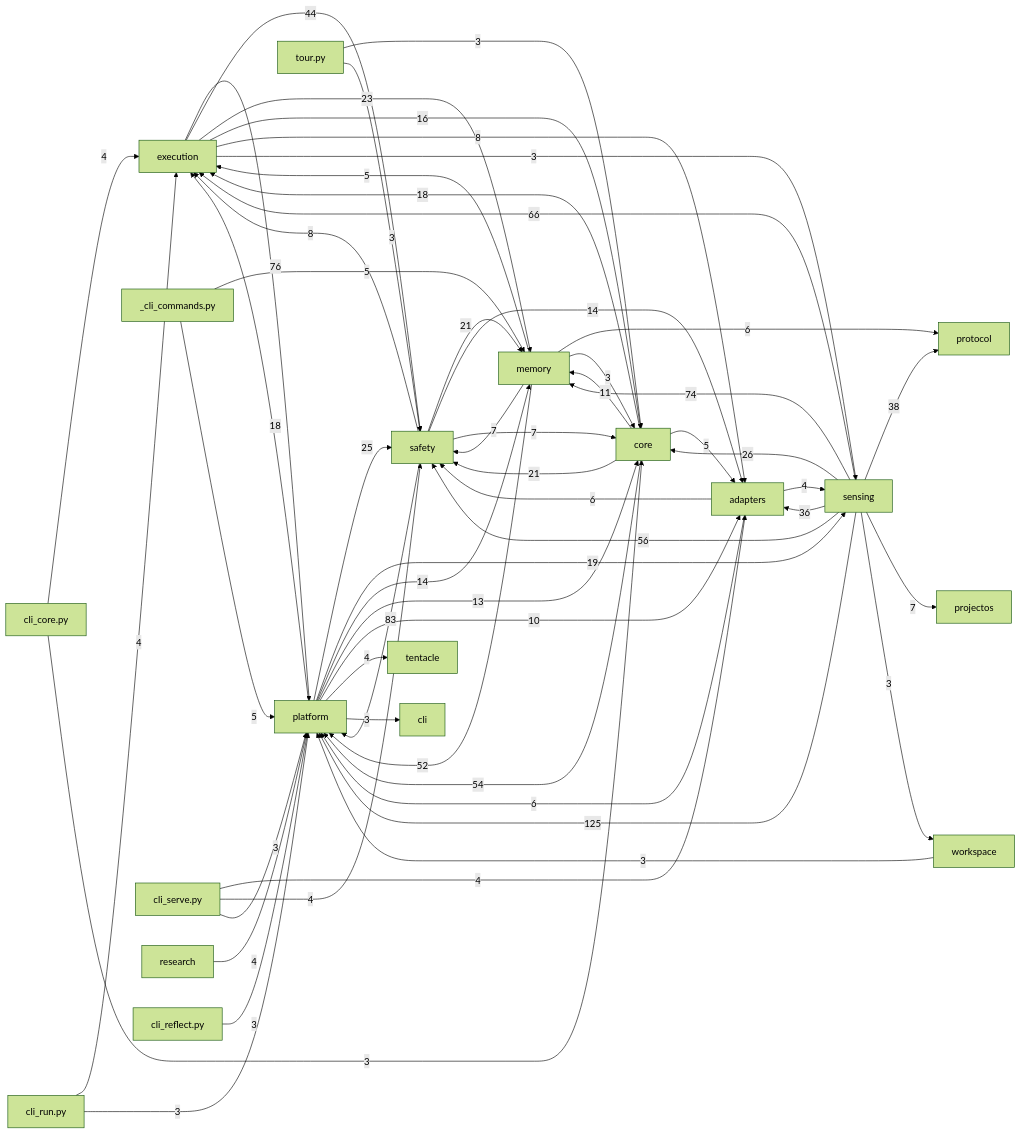
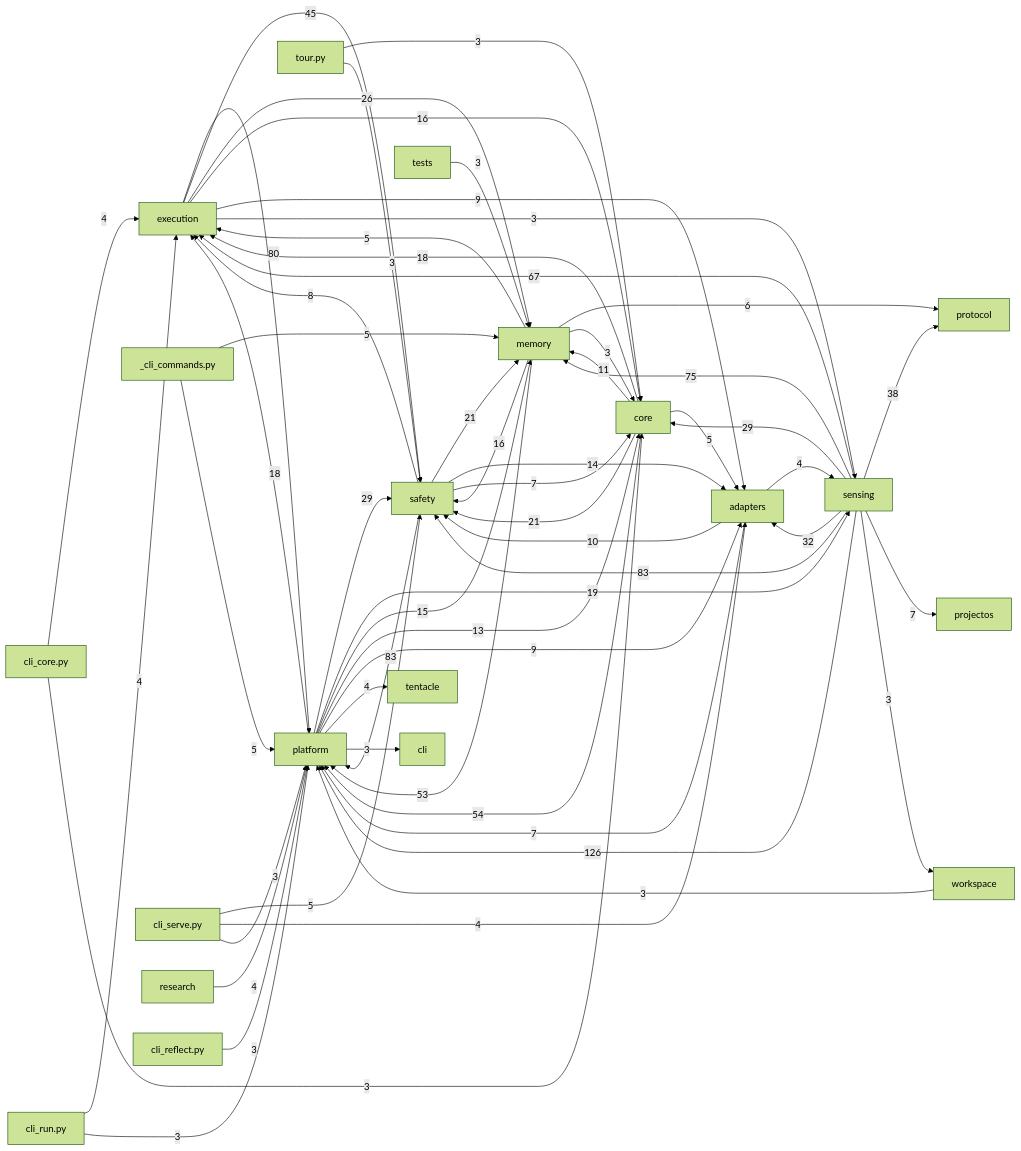
Before and after one commit to dengdenghua/octopus-agent: the diagram in docs/auto/20-backend/index.md, drawn with Mermaid (forest theme). The commit also changed 46 other files, not shown here.

````diff
--- a/docs/auto/20-backend/index.md
+++ b/docs/auto/20-backend/index.md
@@ -26,65 +26,66 @@
 ```mermaid
 graph LR
   execution[execution]
   core[core]
   safety[safety]
   memory[memory]
   sensing[sensing]
   adapters[adapters]
   platform[platform]
-  sensing -- 125 --> platform
+  sensing -- 126 --> platform
   safety -- 83 --> platform
-  execution -- 76 --> platform
-  sensing -- 74 --> memory
-  sensing -- 66 --> execution
-  sensing -- 56 --> safety
+  sensing -- 83 --> safety
+  execution -- 80 --> platform
+  sensing -- 75 --> memory
+  sensing -- 67 --> execution
   core -- 54 --> platform
-  memory -- 52 --> platform
-  execution -- 44 --> safety
+  memory -- 53 --> platform
+  execution -- 45 --> safety
   sensing -- 38 --> protocol
-  sensing -- 36 --> adapters
-  sensing -- 26 --> core
-  platform -- 25 --> safety
-  execution -- 23 --> memory
+  sensing -- 32 --> adapters
+  platform -- 29 --> safety
+  sensing -- 29 --> core
+  execution -- 26 --> memory
   core -- 21 --> safety
   safety -- 21 --> memory
   platform -- 19 --> sensing
   core -- 18 --> execution
   platform -- 18 --> execution
   execution -- 16 --> core
-  platform -- 14 --> memory
+  memory -- 16 --> safety
+  platform -- 15 --> memory
   safety -- 14 --> adapters
   platform -- 13 --> core
   core -- 11 --> memory
-  platform -- 10 --> adapters
-  execution -- 8 --> adapters
+  adapters -- 10 --> safety
+  execution -- 9 --> adapters
+  platform -- 9 --> adapters
   safety -- 8 --> execution
-  memory -- 7 --> safety
+  adapters -- 7 --> platform
   safety -- 7 --> core
   sensing -- 7 --> projectos
-  adapters -- 6 --> platform
-  adapters -- 6 --> safety
   memory -- 6 --> protocol
   _cli_commands.py -- 5 --> memory
   _cli_commands.py -- 5 --> platform
+  cli_serve.py -- 5 --> safety
   core -- 5 --> adapters
   memory -- 5 --> execution
   adapters -- 4 --> sensing
   cli_core.py -- 4 --> execution
   cli_run.py -- 4 --> execution
   cli_serve.py -- 4 --> adapters
-  cli_serve.py -- 4 --> safety
   platform -- 4 --> tentacle
   research -- 4 --> platform
   cli_core.py -- 3 --> core
   cli_reflect.py -- 3 --> platform
   cli_run.py -- 3 --> platform
   cli_serve.py -- 3 --> platform
   execution -- 3 --> sensing
   memory -- 3 --> core
   platform -- 3 --> cli
   sensing -- 3 --> workspace
+  tests -- 3 --> memory
   tour.py -- 3 --> core
   tour.py -- 3 --> safety
   workspace -- 3 --> platform
 ```
````
